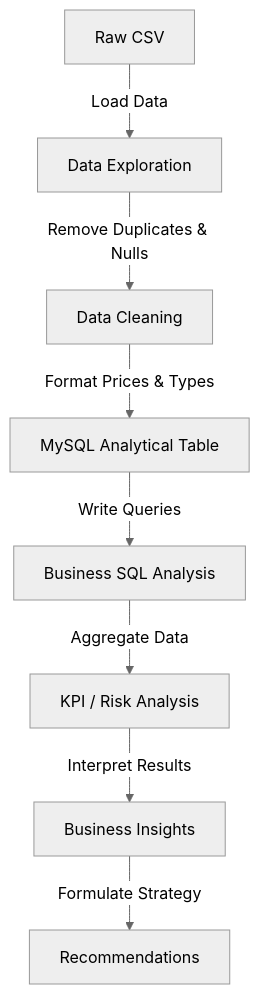
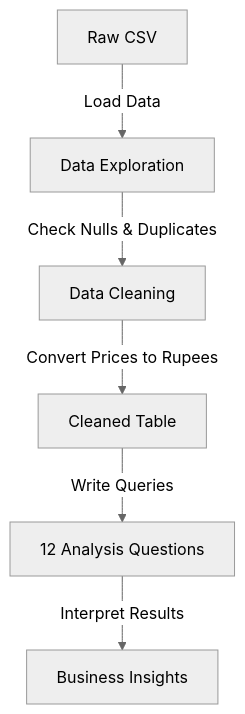
One commit to DevcodeSulaiman/zepto-ecommerce-analytics changed the diagram in README.md. Above: the diagram before and after it, drawn with Mermaid (neutral theme). The commit also changed other lines of this file and 1 other file, not shown here.

Commit message:
Add zepto_analysis.sql (MySQL) with 12 analysis questions and update README

````diff
--- a/README.md
+++ b/README.md
@@ -74,10 +70,8 @@
 ```mermaid
 graph TD
     A[Raw CSV] -->|Load Data| B[Data Exploration]
-    B -->|Remove Duplicates & Nulls| C[Data Cleaning]
-    C -->|Format Prices & Types| D[MySQL Analytical Table]
-    D -->|Write Queries| E[Business SQL Analysis]
-    E -->|Aggregate Data| F[KPI / Risk Analysis]
-    F -->|Interpret Results| G[Business Insights]
-    G -->|Formulate Strategy| H[Recommendations]
+    B -->|Check Nulls & Duplicates| C[Data Cleaning]
+    C -->|Convert Prices to Rupees| D[Cleaned Table]
+    D -->|Write Queries| E[12 Analysis Questions]
+    E -->|Interpret Results| F[Business Insights]
 ```
````
